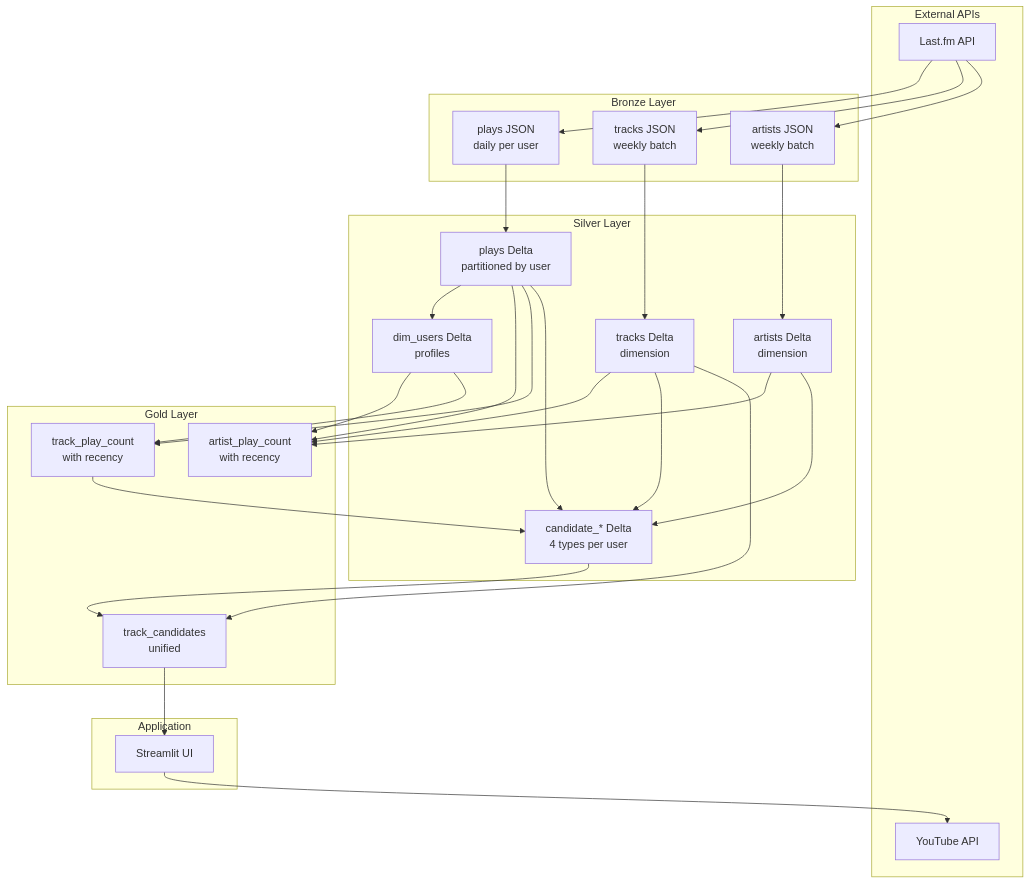
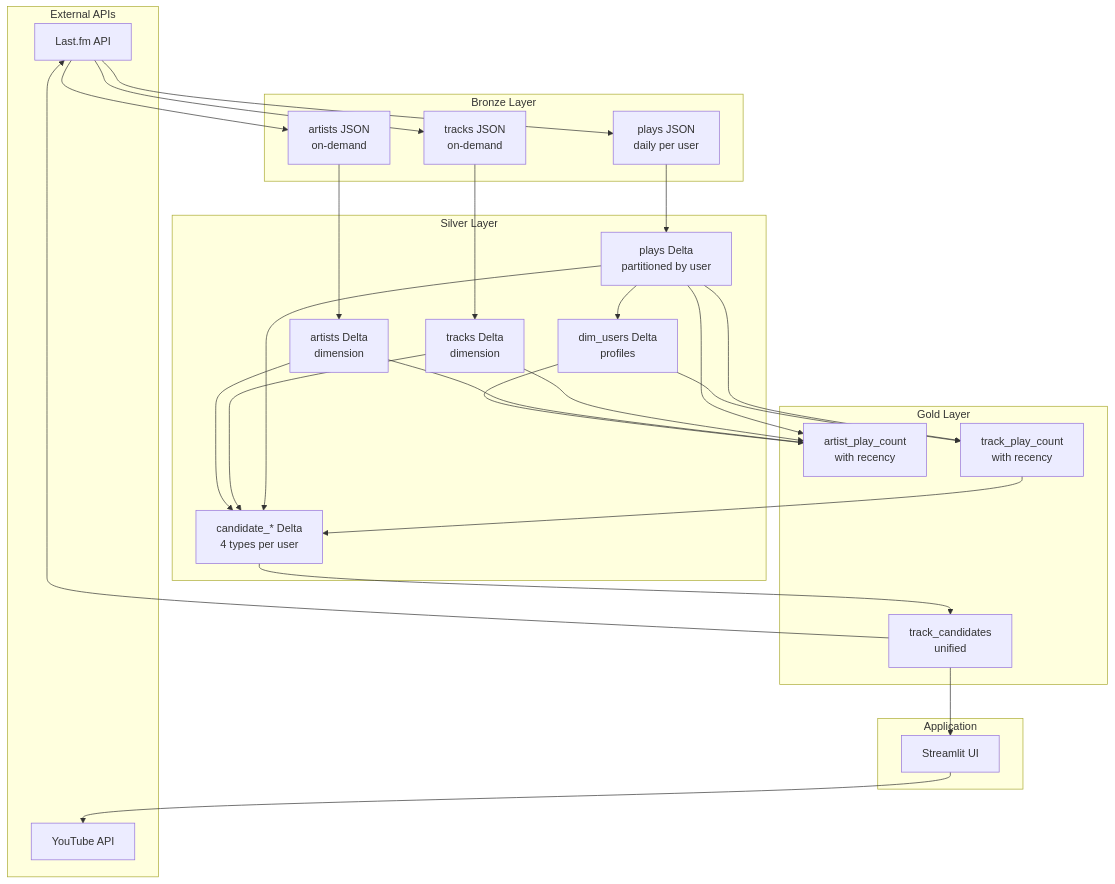
Before and after one commit to boccileonardo/music-airflow: the first of 2 diagrams in docs/complete-architecture.md, drawn with Mermaid. The commit also changed other lines of this file and 10 other files, not shown here.

Commit message:
rm circular flow

````diff
--- a/docs/complete-architecture.md
+++ b/docs/complete-architecture.md
@@ -29,59 +29,60 @@
 ```mermaid
 graph TB
     subgraph "External APIs"
         API[Last.fm API]
         YT[YouTube API]
     end
 
     subgraph "Bronze Layer"
         B1[plays JSON<br/>daily per user]
-        B2[tracks JSON<br/>weekly batch]
-        B3[artists JSON<br/>weekly batch]
+        B2[tracks JSON<br/>on-demand]
+        B3[artists JSON<br/>on-demand]
     end
 
     subgraph "Silver Layer"
         S1[plays Delta<br/>partitioned by user]
         S2[tracks Delta<br/>dimension]
         S3[artists Delta<br/>dimension]
         S4[dim_users Delta<br/>profiles]
         S5[candidate_* Delta<br/>4 types per user]
     end
 
     subgraph "Gold Layer"
         G1[artist_play_count<br/>with recency]
         G2[track_play_count<br/>with recency]
         G3[track_candidates<br/>unified]
     end
 
     subgraph "Application"
         APP[Streamlit UI]
     end
 
     API --> B1
+    B1 --> S1
+
+    S1 --> S5
+    S2 --> S5
+    S3 --> S5
+    G2 --> S5
+
+    S5 --> G3
+
+    G3 --> API
     API --> B2
     API --> B3
-
-    B1 --> S1
     B2 --> S2
     B3 --> S3
+
     S1 --> S4
 
     S1 --> G1
     S2 --> G1
     S3 --> G1
     S4 --> G1
 
     S1 --> G2
     S4 --> G2
 
-    S1 --> S5
-    S2 --> S5
-    S3 --> S5
-    G2 --> S5
-
-    S5 --> G3
-    S2 --> G3
-
     G3 --> APP
     APP --> YT
 ```
````
